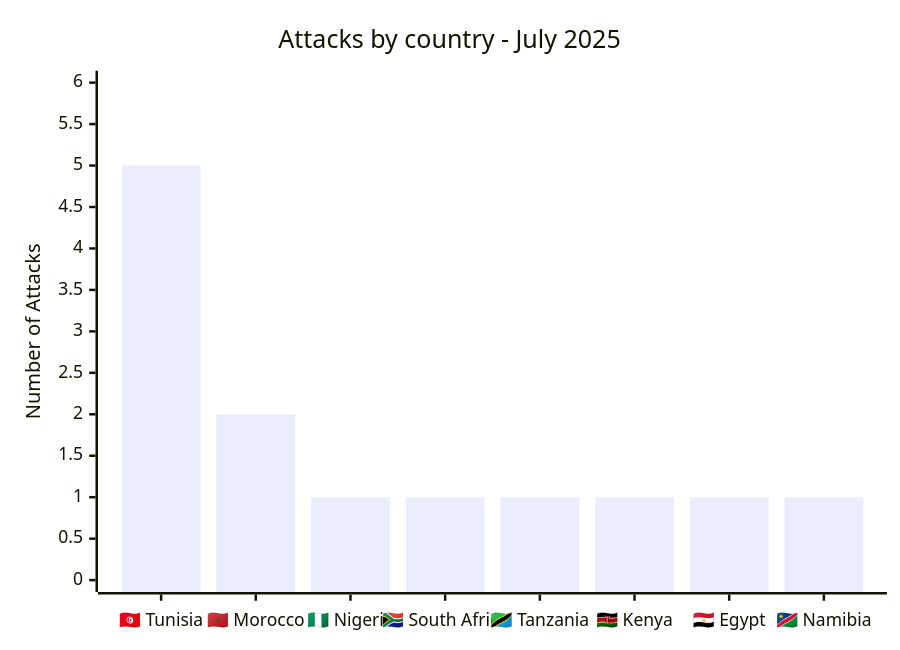
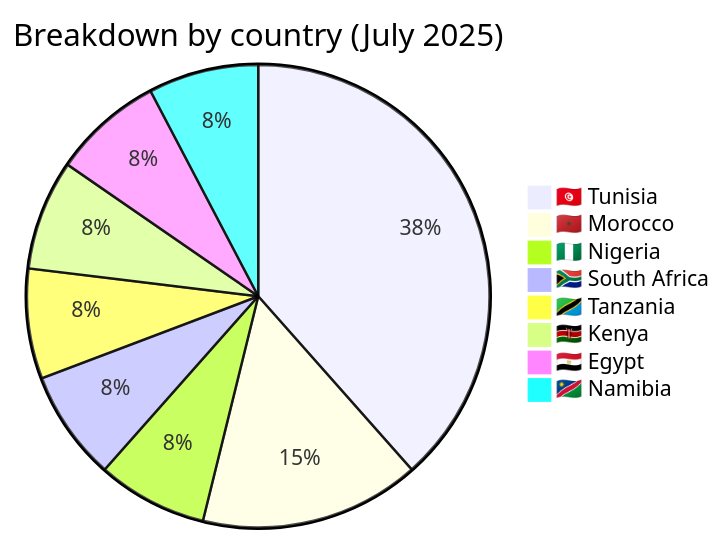
One commit to Hatchepsoute/AFRINTEL changed the third of 5 diagrams in reports/2025/07-july/README.md. Above: the diagram before and after it, drawn with Mermaid. The commit also changed other lines of this file and 1 other file, not shown here.

````diff
--- a/reports/2025/07-july/README.md
+++ b/reports/2025/07-july/README.md
@@ -78,7 +79,11 @@
 ```mermaid
-xychart-beta
-    title "Attacks by country - July 2025"
-    x-axis ["🇹🇳 Tunisia", "🇲🇦 Morocco", "🇳🇬 Nigeria", "🇿🇦 South Africa", "🇹🇿 Tanzania", "🇰🇪 Kenya", "🇪🇬 Egypt", "🇳🇦 Namibia"]
-    y-axis "Number of Attacks" 0 --> 6
-    bar [5, 2, 1, 1, 1, 1, 1, 1]
+pie title Breakdown by country (July 2025)
+    "🇹🇳 Tunisia" : 5
+    "🇲🇦 Morocco" : 2
+    "🇳🇬 Nigeria" : 1
+    "🇿🇦 South Africa" : 1
+    "🇹🇿 Tanzania" : 1
+    "🇰🇪 Kenya" : 1
+    "🇪🇬 Egypt" : 1
+    "🇳🇦 Namibia" : 1
 ```
````
